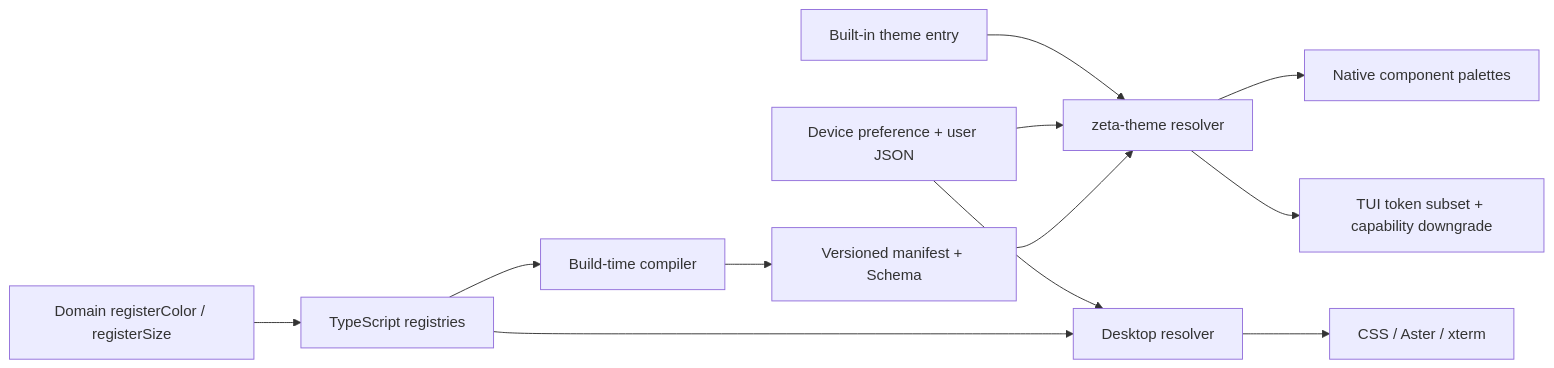
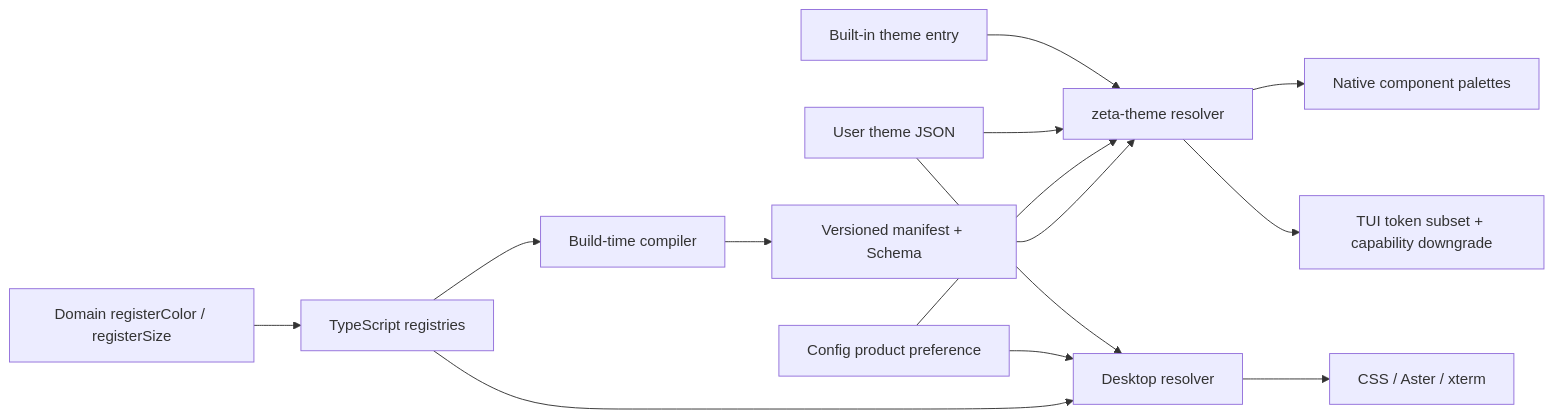
One commit to chogng/zeta changed the diagram in docs/design-tokens.md. Above: the diagram before and after it, drawn with Mermaid. The commit also changed other lines of this file and 87 other files, not shown here.

````diff
--- a/docs/design-tokens.md
+++ b/docs/design-tokens.md
@@ -38,14 +39,16 @@
 ```mermaid
 flowchart LR
   A["Domain registerColor / registerSize"] --> B["TypeScript registries"]
   B --> C["Build-time compiler"]
   C --> D["Versioned manifest + Schema"]
   B --> E["Desktop resolver"]
   D --> F["zeta-theme resolver"]
-  G["Device preference + user JSON"] --> E
+  G["Config product preference"] --> E
   G --> F
+  L["User theme JSON"] --> E
+  L --> F
   K["Built-in theme entry"] --> F
   E --> H["CSS / Aster / xterm"]
   F --> I["Native component palettes"]
   F --> J["TUI token subset + capability downgrade"]
 ```
````
